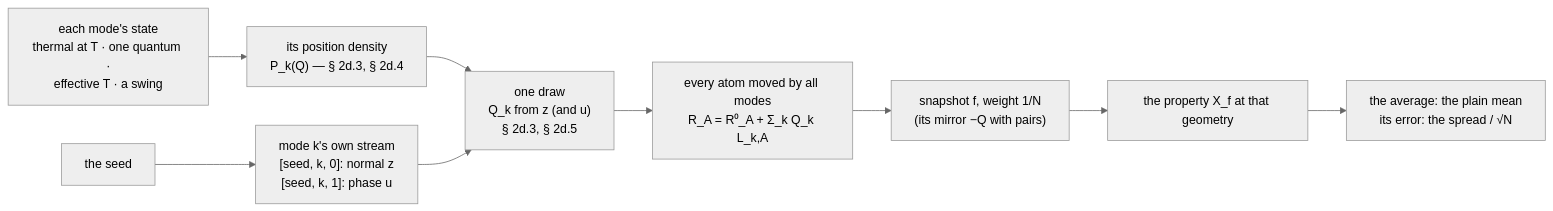
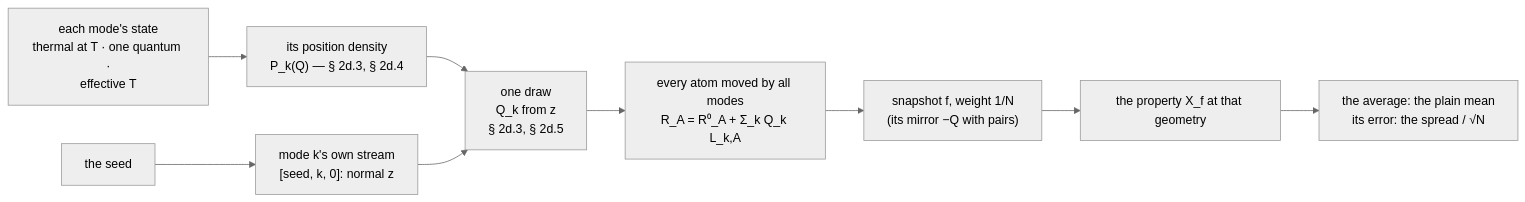
The third of 11 diagrams in docs/science/vibrational-averaging.md (Qing-LAB/molbuilder), drawn with Mermaid (neutral theme) before and after one commit. The commit also changed other lines of this file and 44 other files, not shown here.

````diff
--- a/docs/science/vibrational-averaging.md
+++ b/docs/science/vibrational-averaging.md
@@ -1011,11 +898,11 @@
 ```mermaid
 flowchart LR
-    S["each mode's state<br/>thermal at T · one quantum ·<br/>effective T · a swing"] --> P["its position density<br/>P_k(Q) — § 2d.3, § 2d.4"]
-    K["the seed"] --> R["mode k's own stream<br/>[seed, k, 0]: normal z<br/>[seed, k, 1]: phase u"]
-    P --> D["one draw<br/>Q_k from z (and u)<br/>§ 2d.3, § 2d.5"]
+    S["each mode's state<br/>thermal at T · one quantum ·<br/>effective T"] --> P["its position density<br/>P_k(Q) — § 2d.3, § 2d.4"]
+    K["the seed"] --> R["mode k's own stream<br/>[seed, k, 0]: normal z"]
+    P --> D["one draw<br/>Q_k from z<br/>§ 2d.3, § 2d.5"]
     R --> D
     D --> M["every atom moved by all modes<br/>R_A = R⁰_A + Σ_k Q_k L_k,A"]
     M --> F["snapshot f, weight 1/N<br/>(its mirror −Q with pairs)"]
     F --> X["the property X_f at that geometry"]
     X --> A["the average: the plain mean<br/>its error: the spread / √N"]
 ```
````
